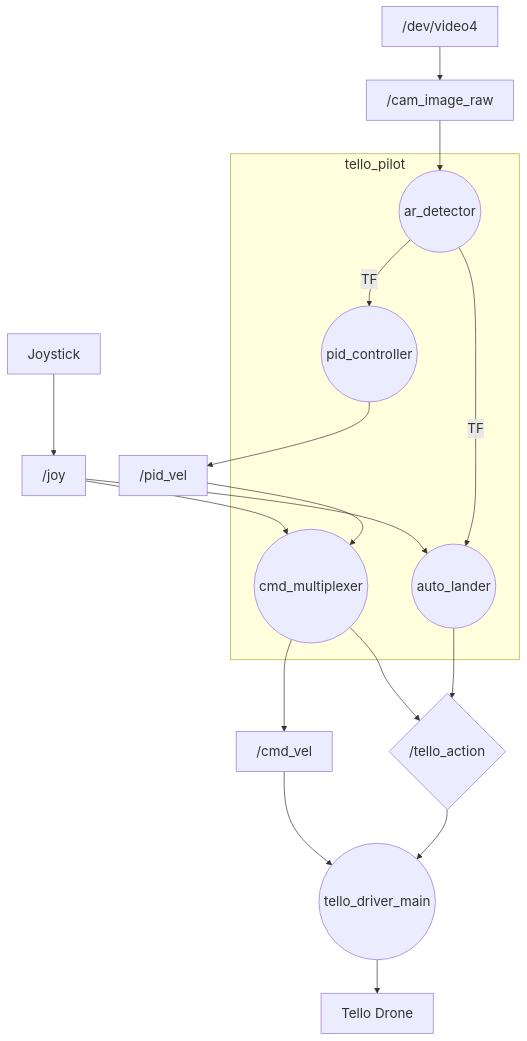
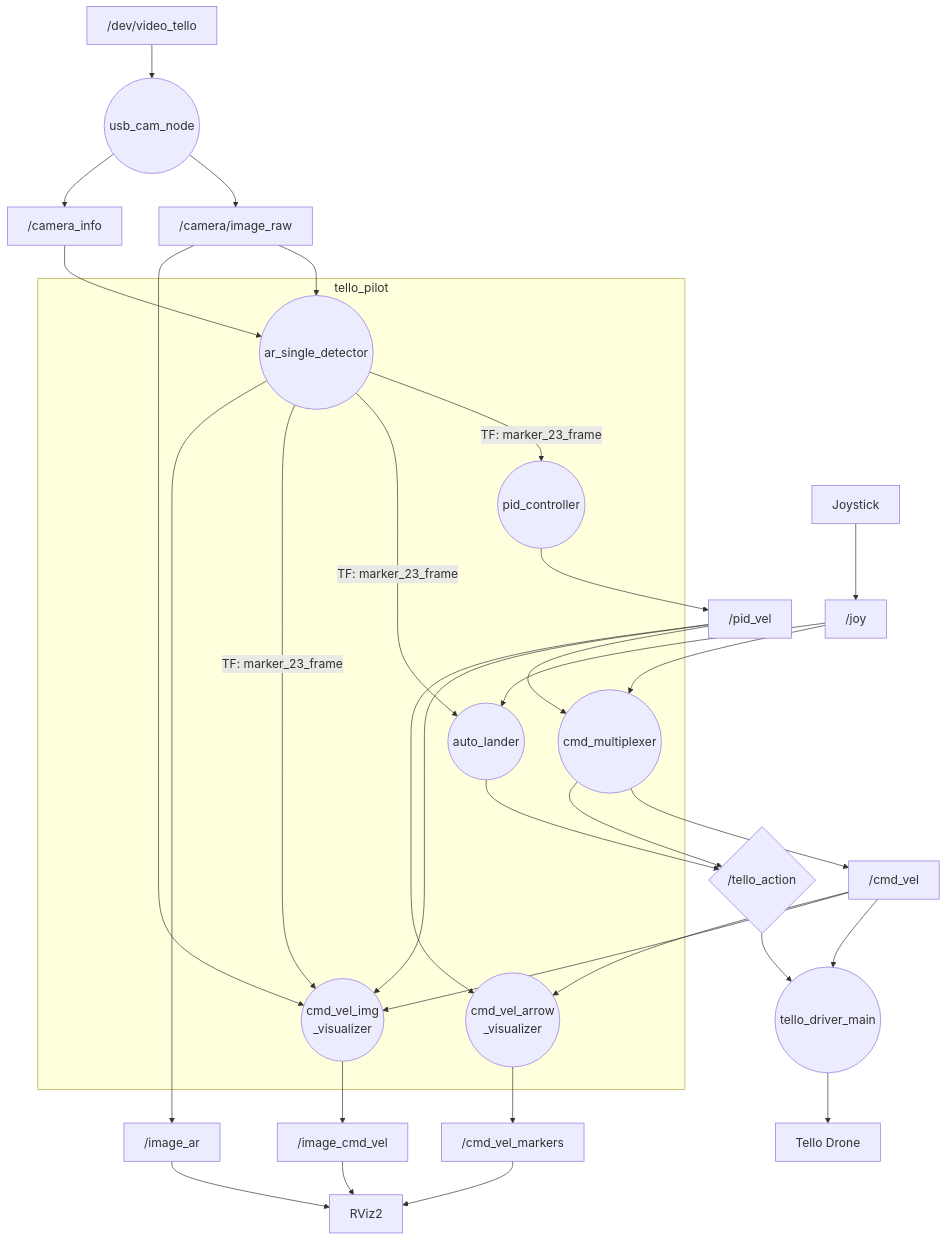
One commit to hanzitong/tello_pilot changed the diagram in README.md. Above: the diagram before and after it, drawn with Mermaid. The commit also changed other lines of this file and 6 other files, not shown here.

First line of the commit message:
[rename] ar_detector_node_2 → ar_single_detector_node

````diff
--- a/README.md
+++ b/README.md
@@ -12,38 +10,62 @@
 ```mermaid
-%%{init: {'themeVariables': {'fontSize': '20px'}}}%%
+%%{init: {'themeVariables': {'fontSize': '18px'}}}%%
 graph TB
-    CAM["/dev/video4"]
+    CAM["/dev/video_tello"]
     JOY["Joystick"]
     DRONE["Tello Drone"]
 
-    t1["/cam_image_raw"]
-    t2["/joy"]
-    t3["/pid_vel"]
-    t4["/cmd_vel"]
+    t_img["/camera/image_raw"]
+    t_info["/camera_info"]
+    t_joy["/joy"]
+    t_pid["/pid_vel"]
+    t_cmd["/cmd_vel"]
+    t_ar["/image_ar"]
+    t_icv["/image_cmd_vel"]
+    t_mk["/cmd_vel_markers"]
     s1{"/tello_action"}
+    RVIZ["RViz2"]
 
     subgraph tello_pilot
-        ar(("ar_detector"))
+        ar(("ar_single_detector"))
         pid(("pid_controller"))
         mux(("cmd_multiplexer"))
         lander(("auto_lander"))
+        viz_img(("cmd_vel_img\n_visualizer"))
+        viz_arrow(("cmd_vel_arrow\n_visualizer"))
     end
 
+    usb_cam(("usb_cam_node"))
     driver(("tello_driver_main"))
 
-    CAM --> t1 --> ar
-    JOY --> t2
-    t2 --> mux
-    t2 --> lander
+    CAM --> usb_cam
+    usb_cam --> t_img
+    usb_cam --> t_info
+    t_img --> ar
+    t_info --> ar
 
-    ar -->|TF| pid
-    ar -->|TF| lander
-    pid --> t3 --> mux
+    ar -->|TF: marker_23_frame| pid
+    ar -->|TF: marker_23_frame| lander
+    ar -->|TF: marker_23_frame| viz_img
+    ar --> t_ar --> RVIZ
 
-    mux --> t4 --> driver
+    JOY --> t_joy
+    t_joy --> mux
+    t_joy --> lander
+
+    pid --> t_pid --> mux
+    t_pid --> viz_img
+    t_pid --> viz_arrow
+
+    mux --> t_cmd --> driver
+    t_cmd --> viz_img
+    t_cmd --> viz_arrow
+
     mux --> s1
     lander --> s1
     s1 --> driver
+    driver --> DRONE
 
-    driver --> DRONE
+    t_img --> viz_img
+    viz_img --> t_icv --> RVIZ
+    viz_arrow --> t_mk --> RVIZ
 ```
````
